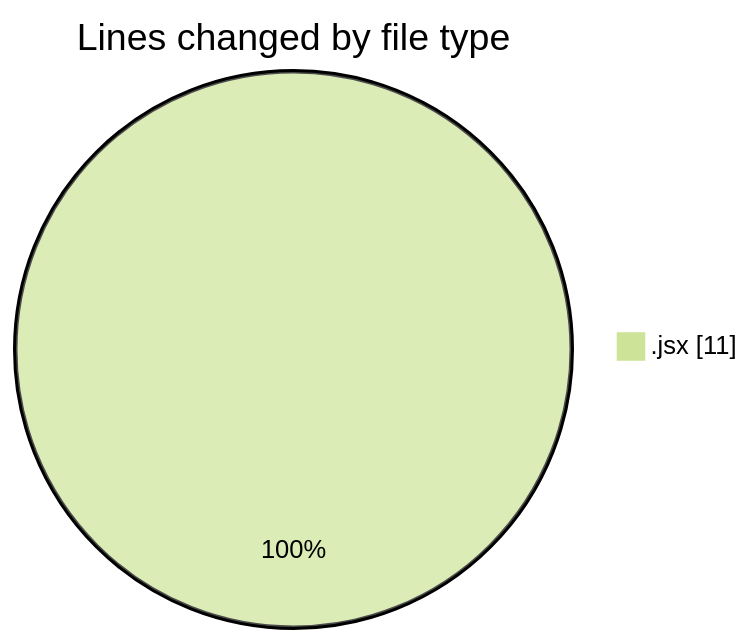
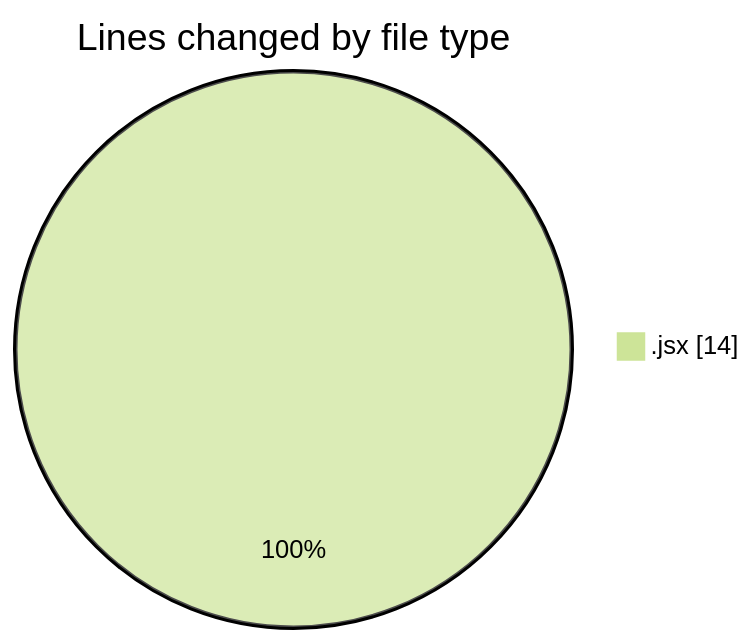
The first of 2 diagrams in 2025-06-05/cda/README.md (momahboobian/code-tracking), drawn with Mermaid (forest theme) before and after one commit. The commit also changed other lines of this file and 1 other file, not shown here.

````diff
--- a/2025-06-05/cda/README.md
+++ b/2025-06-05/cda/README.md
@@ -20,5 +20,5 @@
 ```mermaid
 pie showData
 title Lines changed by file type
-".jsx" : 11
+".jsx" : 14
 ```
````
